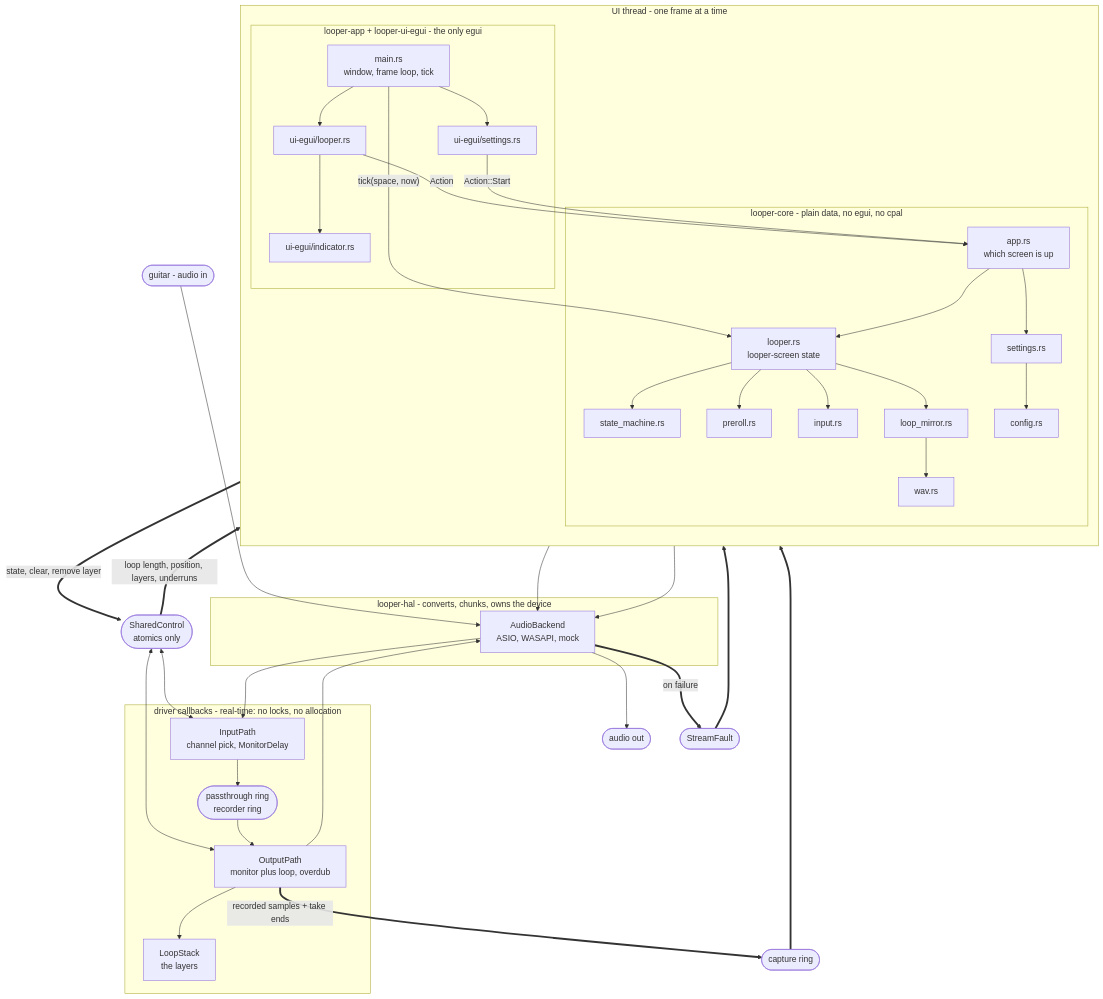
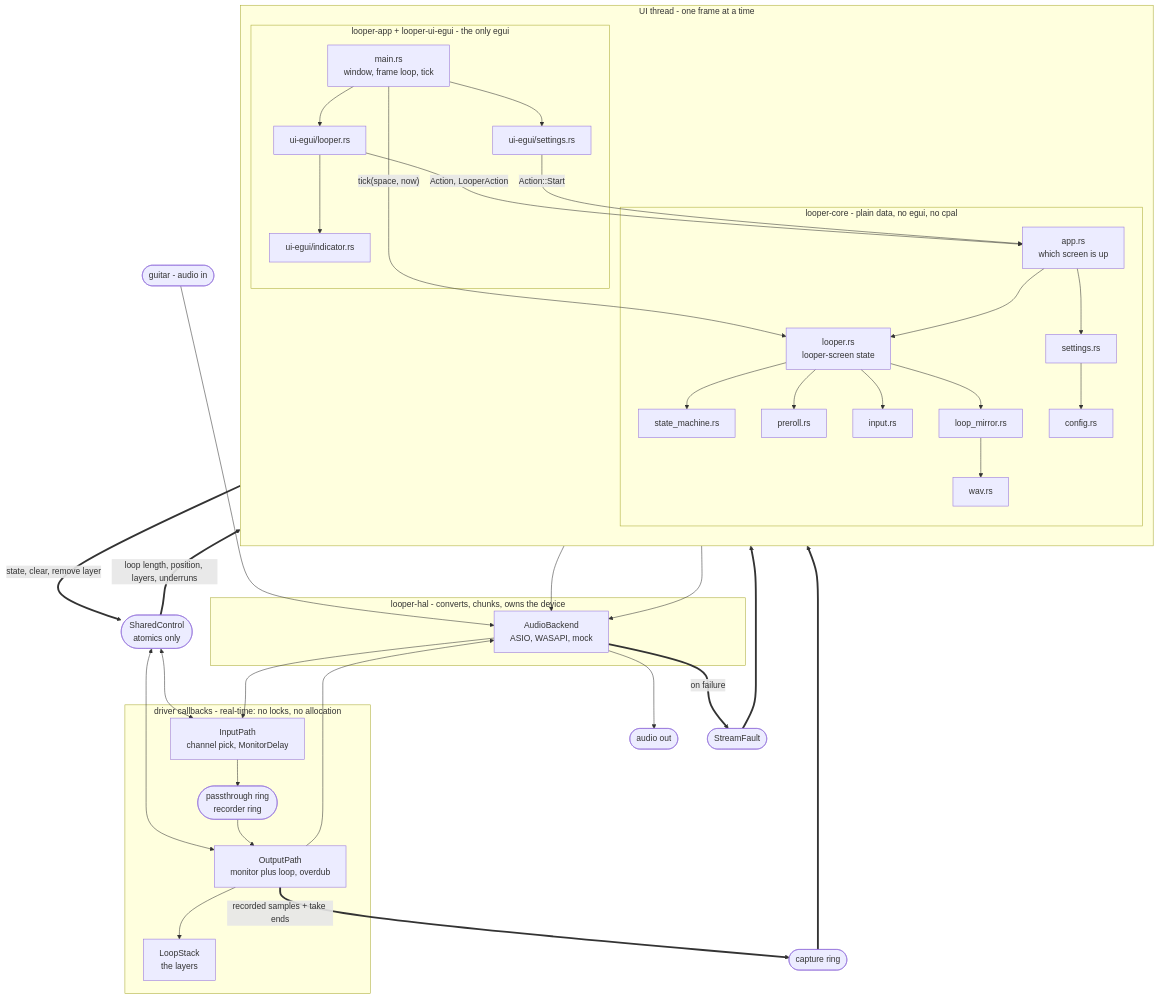
The second of 2 diagrams in README.md (domstrueboy/looper), drawn with Mermaid before and after one commit. The commit also changed other lines of this file and 7 other files, not shown here.

````diff
--- a/README.md
+++ b/README.md
@@ -147,75 +147,75 @@
 ```mermaid
 flowchart TB
     GUITAR(["guitar - audio in"])
     SPEAKERS(["audio out"])
 
     subgraph UITHREAD["UI thread - one frame at a time"]
         direction TB
         subgraph FW["looper-app + looper-ui-egui - the only egui"]
             MAIN["main.rs<br/>window, frame loop, tick"]
             UIL["ui-egui/looper.rs"]
             UIS["ui-egui/settings.rs"]
             UII["ui-egui/indicator.rs"]
         end
         subgraph MODEL["looper-core - plain data, no egui, no cpal"]
             APP["app.rs<br/>which screen is up"]
             LOOPER["looper.rs<br/>looper-screen state"]
             SET["settings.rs"]
             SM["state_machine.rs"]
             PR["preroll.rs"]
             INPUT["input.rs"]
             MIRROR["loop_mirror.rs"]
             CFG["config.rs"]
             WAV["wav.rs"]
         end
     end
 
     SHARED(["SharedControl<br/>atomics only"])
     CAPTURE(["capture ring"])
     FAULT(["StreamFault"])
 
     subgraph AUDIO["driver callbacks - real-time: no locks, no allocation"]
         INPATH["InputPath<br/>channel pick, MonitorDelay"]
         BRIDGE(["passthrough ring<br/>recorder ring"])
         OUTPATH["OutputPath<br/>monitor plus loop, overdub"]
         STACK["LoopStack<br/>the layers"]
     end
 
     subgraph HAL["looper-hal - converts, chunks, owns the device"]
         BACKEND["AudioBackend<br/>ASIO, WASAPI, mock"]
     end
 
     MAIN --> UIL
     MAIN --> UIS
     MAIN -->|"tick(space, now)"| LOOPER
     UIL --> UII
-    UIL -->|"Action"| APP
+    UIL -->|"Action, LooperAction"| APP
     UIS -->|"Action::Start"| APP
     APP --> LOOPER
     APP --> SET
     LOOPER --> SM
     LOOPER --> PR
     LOOPER --> INPUT
     LOOPER --> MIRROR
     SET --> CFG
     MIRROR --> WAV
     APP --> BACKEND
     SET --> BACKEND
 
     LOOPER ==>|"state, clear, remove layer"| SHARED
     SHARED ==>|"loop length, position, layers, underruns"| LOOPER
     SHARED <--> INPATH
     SHARED <--> OUTPATH
 
     GUITAR --> BACKEND
     BACKEND --> INPATH
     INPATH --> BRIDGE
     BRIDGE --> OUTPATH
     OUTPATH --> STACK
     OUTPATH --> BACKEND
     BACKEND --> SPEAKERS
     BACKEND ==>|"on failure"| FAULT
     FAULT ==> LOOPER
     OUTPATH ==>|"recorded samples + take ends"| CAPTURE
     CAPTURE ==> MIRROR
 ```
````
